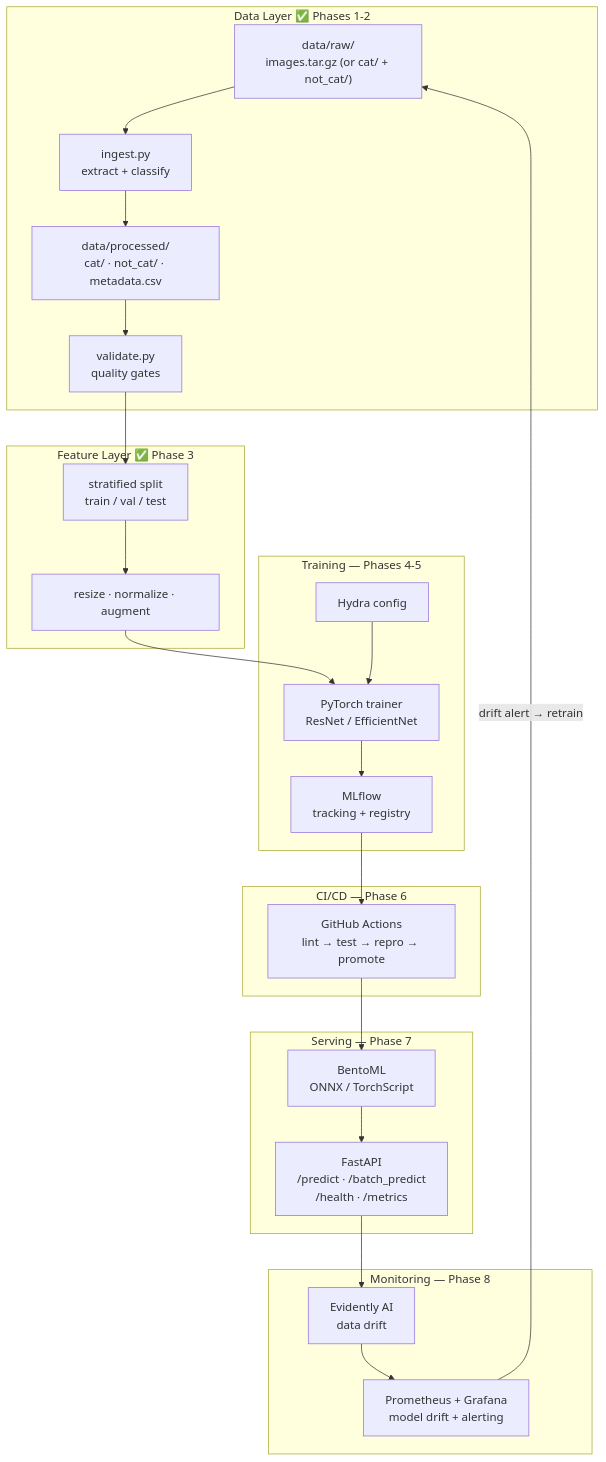
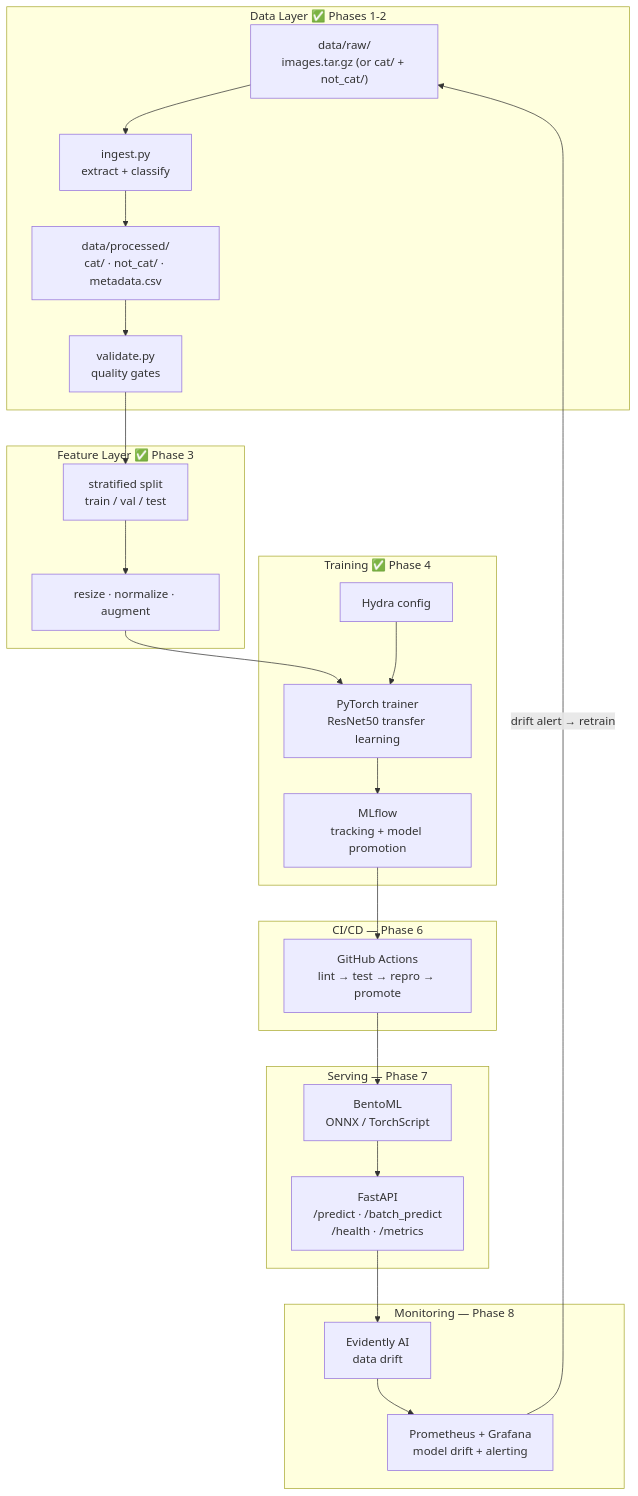
The first of 2 diagrams in docs/Architecture.md (afonsocosta90/purr-duction-pipeline), drawn with Mermaid before and after one commit. The commit also changed other lines of this file and 2 other files, not shown here.

Commit message:
updated documentation w/ phase 4 completed (ResNet50 implementaion w/ MLFlow tracking and promotion rules)

````diff
--- a/docs/Architecture.md
+++ b/docs/Architecture.md
@@ -44,35 +44,35 @@
 ```mermaid
 flowchart TD
     subgraph Data["Data Layer ✅ Phases 1-2"]
         RAW["data/raw/<br/>images.tar.gz (or cat/ + not_cat/)"]
         INGEST["ingest.py<br/>extract + classify"]
         PROC["data/processed/<br/>cat/ · not_cat/ · metadata.csv"]
         VAL["validate.py<br/>quality gates"]
     end
     subgraph Features["Feature Layer ✅ Phase 3"]
         SPLIT["stratified split<br/>train / val / test"]
         FEAT["resize · normalize · augment"]
     end
-    subgraph Training["Training — Phases 4-5"]
+    subgraph Training["Training ✅ Phase 4"]
         HYDRA["Hydra config"]
-        TRAIN["PyTorch trainer<br/>ResNet / EfficientNet"]
-        MLFLOW["MLflow<br/>tracking + registry"]
+        TRAIN["PyTorch trainer<br/>ResNet50 transfer learning"]
+        MLFLOW["MLflow<br/>tracking + model promotion"]
     end
     subgraph CICD["CI/CD — Phase 6"]
         GH["GitHub Actions<br/>lint → test → repro → promote"]
     end
     subgraph Serving["Serving — Phase 7"]
         BENTO["BentoML<br/>ONNX / TorchScript"]
         API["FastAPI<br/>/predict · /batch_predict<br/>/health · /metrics"]
     end
     subgraph Monitor["Monitoring — Phase 8"]
         EVIDENTLY["Evidently AI<br/>data drift"]
         PROM["Prometheus + Grafana<br/>model drift + alerting"]
     end
     RAW --> INGEST --> PROC --> VAL
     VAL --> SPLIT --> FEAT --> TRAIN
     HYDRA --> TRAIN --> MLFLOW
     MLFLOW --> GH --> BENTO --> API
     API --> EVIDENTLY --> PROM
     PROM -->|"drift alert → retrain"| RAW
 ```
````
